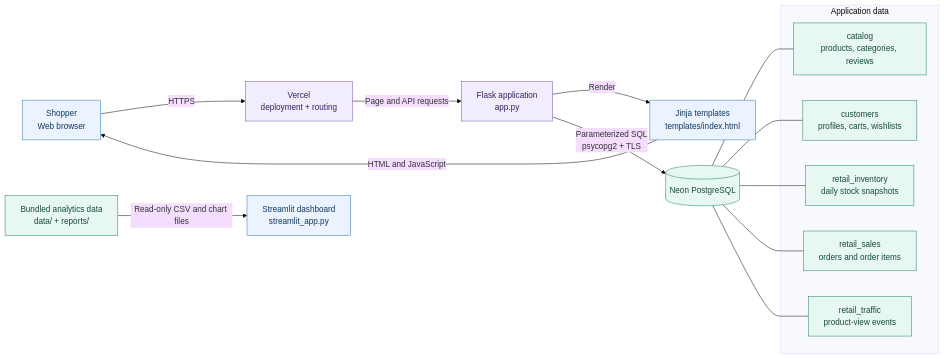
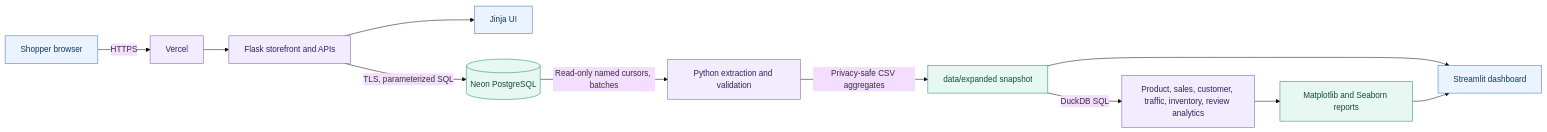
Before and after one commit to poruri-santhosh/Aislewise: the first of 2 diagrams in README.md, drawn with Mermaid (base theme). The commit also changed other lines of this file and 57 other files, not shown here.

Commit message:
Expand Aislewise analytics for the synthetic retail snapshot

````diff
--- a/README.md
+++ b/README.md
@@ -41,29 +64,21 @@
 ```mermaid
 flowchart LR
-    shopper["Shopper<br/>Web browser"] -->|HTTPS| vercel["Vercel<br/>deployment + routing"]
-    vercel -->|Page and API requests| flask["Flask application<br/>app.py"]
-    flask -->|Render| templates["Jinja templates<br/>templates/index.html"]
-    templates -->|HTML and JavaScript| shopper
-    flask -->|Parameterized SQL<br/>psycopg2 + TLS| postgres[("Neon PostgreSQL")]
-    snapshot["Bundled analytics data<br/>data/ + reports/"] -->|Read-only CSV and chart files| dashboard["Streamlit dashboard<br/>streamlit_app.py"]
+    shopper["Shopper browser"] -->|HTTPS| vercel["Vercel"]
+    vercel --> flask["Flask storefront and APIs"]
+    flask --> templates["Jinja UI"]
+    flask -->|TLS, parameterized SQL| neon[("Neon PostgreSQL")]
 
-    subgraph appdata["Application data"]
-        catalog["catalog<br/>products, categories, reviews"]
-        customers["customers<br/>profiles, carts, wishlists"]
-        inventory["retail_inventory<br/>daily stock snapshots"]
-        sales["retail_sales<br/>orders and order items"]
-        traffic["retail_traffic<br/>product-view events"]
-    end
-    postgres --- catalog
-    postgres --- customers
-    postgres --- inventory
-    postgres --- sales
-    postgres --- traffic
+    neon -->|Read-only named cursors, batches| extract["Python extraction and validation"]
+    extract -->|Privacy-safe CSV aggregates| bundle["data/expanded snapshot"]
+    bundle -->|DuckDB SQL| analytics["Product, sales, customer, traffic, inventory, review analytics"]
+    analytics --> charts["Matplotlib and Seaborn reports"]
+    bundle --> dashboard["Streamlit dashboard"]
+    charts --> dashboard
 
-    classDef experience fill:#eaf3ff,stroke:#3674b5,color:#14385a
     classDef service fill:#f2ecff,stroke:#7953b5,color:#38215b
-    classDef storage fill:#e7f7f1,stroke:#23836a,color:#164b3c
-    class shopper,templates,dashboard experience
-    class vercel,flask service
-    class postgres,catalog,customers,inventory,sales,traffic,snapshot storage
+    classDef data fill:#e7f7f1,stroke:#23836a,color:#164b3c
+    classDef ui fill:#eaf3ff,stroke:#3674b5,color:#14385a
+    class shopper,templates,dashboard ui
+    class vercel,flask,extract,analytics service
+    class neon,bundle,charts data
 ```
````
